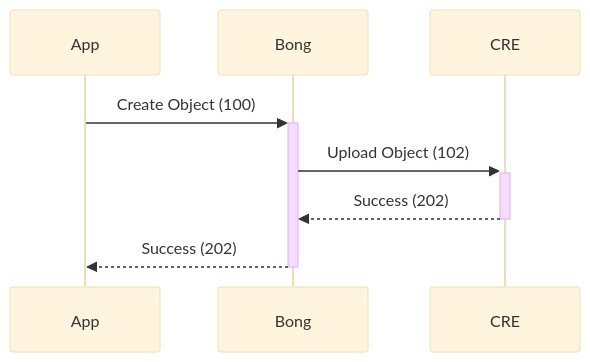
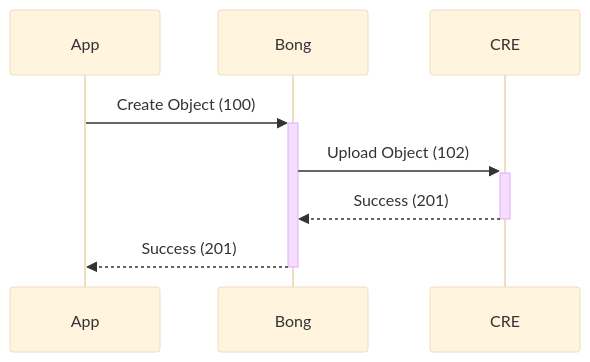
Before and after one commit to openthc/bong: the diagram in README.md, drawn with Mermaid (base theme). The commit also changed other lines of this file, not shown here.

````diff
--- a/README.md
+++ b/README.md
@@ -6,7 +6,7 @@
 ```mermaid
 sequenceDiagram
     App->>+Bong: Create Object (100)
     Bong->>+CRE: Upload Object (102)
-    CRE-->>-Bong: Success (202)
-    Bong-->>-App: Success (202)
+    CRE-->>-Bong: Success (201)
+    Bong-->>-App: Success (201)
 ```
````
